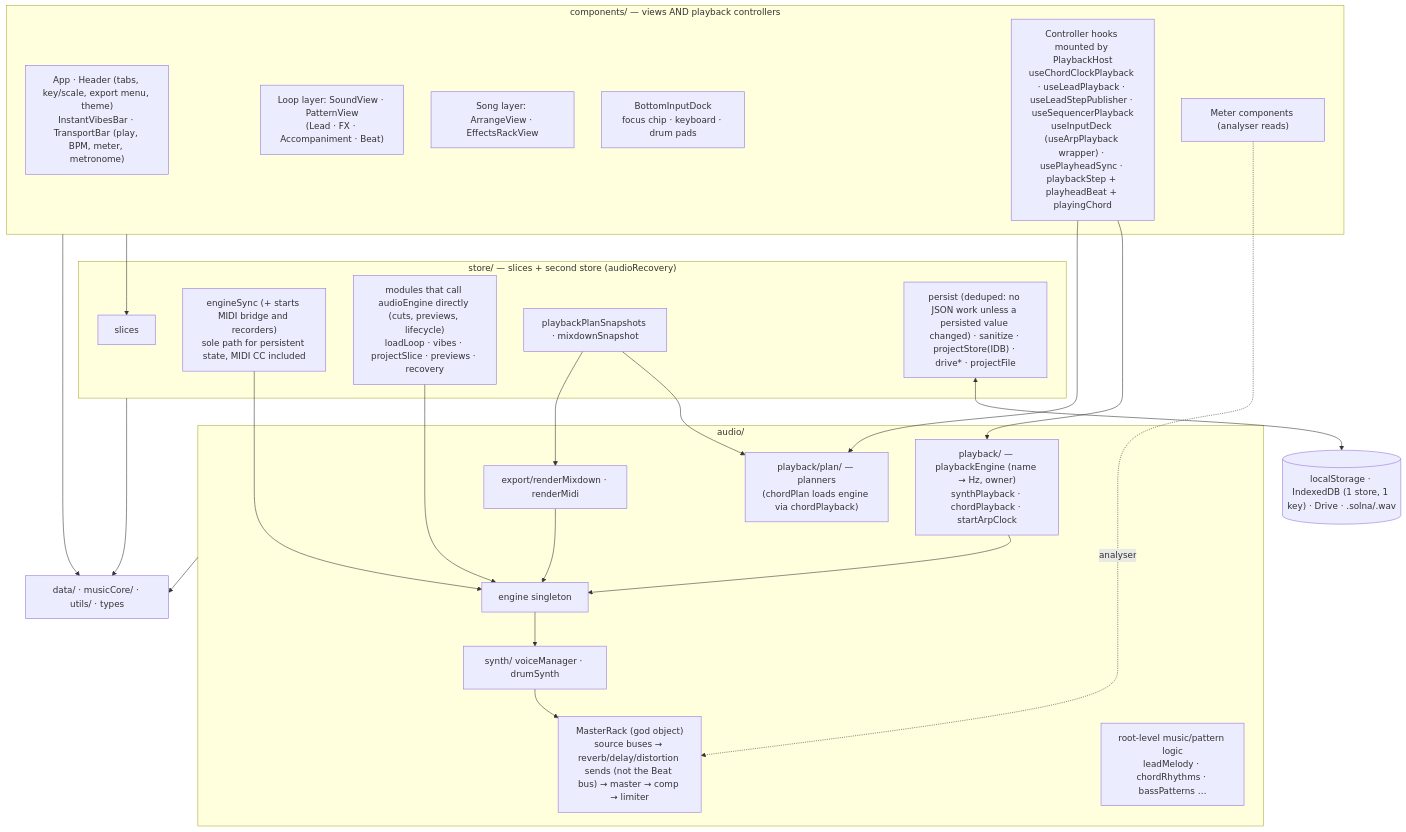
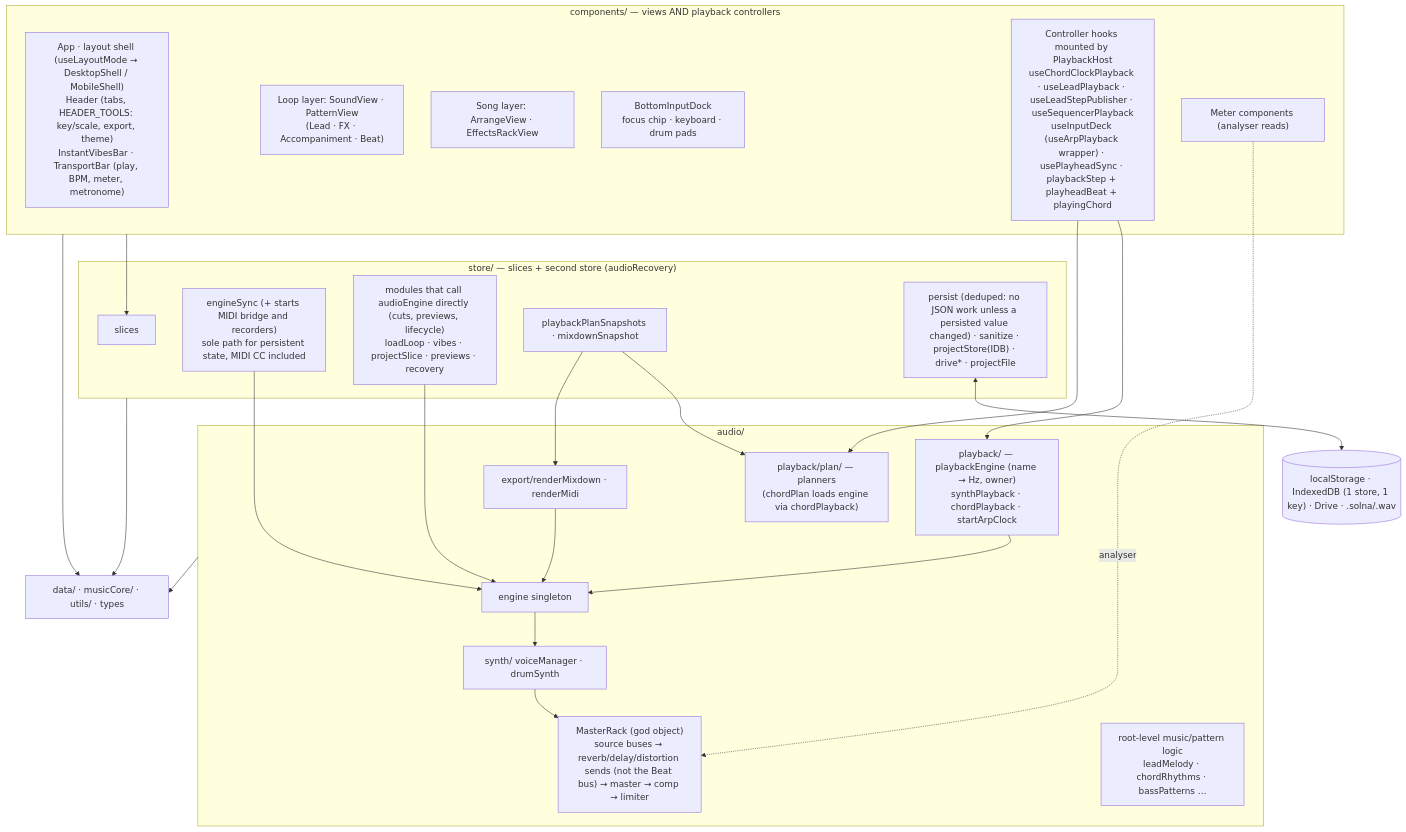
The diagram in docs/architecture/structure/README.md (themiddnight/solna), drawn with Mermaid before and after one commit. The commit also changed other lines of this file and 15 other files, not shown here.

Commit message:
docs: ADR-0040 layout shell, rules R315-R317 (DEV-430)

````diff
--- a/docs/architecture/structure/README.md
+++ b/docs/architecture/structure/README.md
@@ -30,46 +30,46 @@
 ```mermaid
 flowchart TB
   subgraph Views["components/ — views AND playback controllers"]
-    Shell["App · Header (tabs, key/scale, export menu, theme)<br/>InstantVibesBar · TransportBar (play, BPM, meter, metronome)"]
+    Shell["App · layout shell (useLayoutMode → DesktopShell / MobileShell)<br/>Header (tabs, HEADER_TOOLS: key/scale, export, theme)<br/>InstantVibesBar · TransportBar (play, BPM, meter, metronome)"]
     LoopViews["Loop layer: SoundView · PatternView<br/>(Lead · FX · Accompaniment · Beat)"]
     SongViews["Song layer: ArrangeView · EffectsRackView"]
     Dock["BottomInputDock<br/>focus chip · keyboard · drum pads"]
     Ctrls["Controller hooks mounted by PlaybackHost<br/>useChordClockPlayback · useLeadPlayback · useLeadStepPublisher · useSequencerPlayback<br/>useInputDeck (useArpPlayback wrapper) · usePlayheadSync · playbackStep + playheadBeat + playingChord"]
     Meters["Meter components (analyser reads)"]
   end
 
   subgraph Store["store/ — slices + second store (audioRecovery)"]
     Slices["slices"]
     EngineSync["engineSync (+ starts MIDI bridge and recorders)<br/>sole path for persistent state, MIDI CC included"]
     Direct["modules that call audioEngine directly (cuts, previews, lifecycle)<br/>loadLoop · vibes · projectSlice · previews · recovery"]
     Snap["playbackPlanSnapshots · mixdownSnapshot"]
     PersistIO["persist (deduped: no JSON work unless a persisted value changed) · sanitize · projectStore(IDB) · drive* · projectFile"]
   end
 
   subgraph Audio["audio/"]
     PB["playback/ — playbackEngine (name → Hz, owner)<br/>synthPlayback · chordPlayback · startArpClock"]
     Plan["playback/plan/ — planners<br/>(chordPlan loads engine via chordPlayback)"]
     Eng["engine singleton"]
     Rack["MasterRack (god object)<br/>source buses → reverb/delay/distortion sends (not the Beat bus) → master → comp → limiter"]
     Voices["synth/ voiceManager · drumSynth"]
     Logic["root-level music/pattern logic<br/>leadMelody · chordRhythms · bassPatterns …"]
     Exp["export/renderMixdown · renderMidi"]
   end
 
   Domain["data/ · musicCore/ · utils/ · types"]
   Storage[("localStorage · IndexedDB (1 store, 1 key) · Drive · .solna/.wav")]
 
   Views --> Slices
   Ctrls --> PB --> Eng
   Ctrls --> Plan
   Snap --> Plan
   Meters -. analyser .-> Rack
   EngineSync --> Eng
   Direct --> Eng
   Eng --> Voices --> Rack
   Snap --> Exp --> Eng
   PersistIO <--> Storage
   Store --> Domain
   Audio --> Domain
   Views --> Domain
 ```
````
